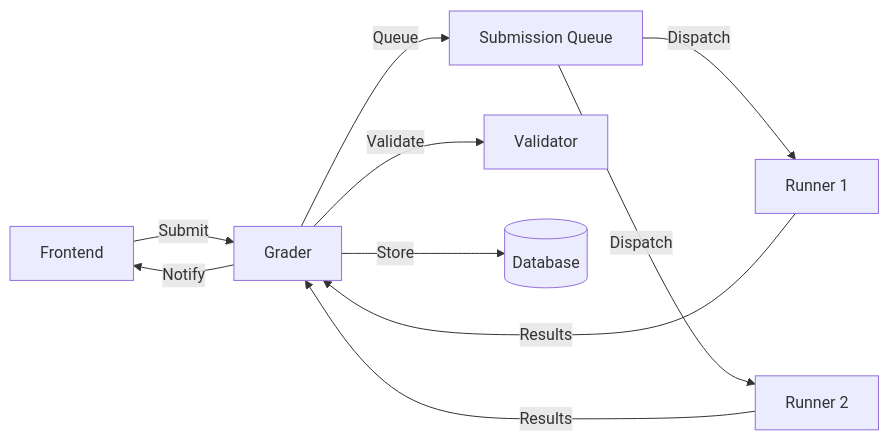
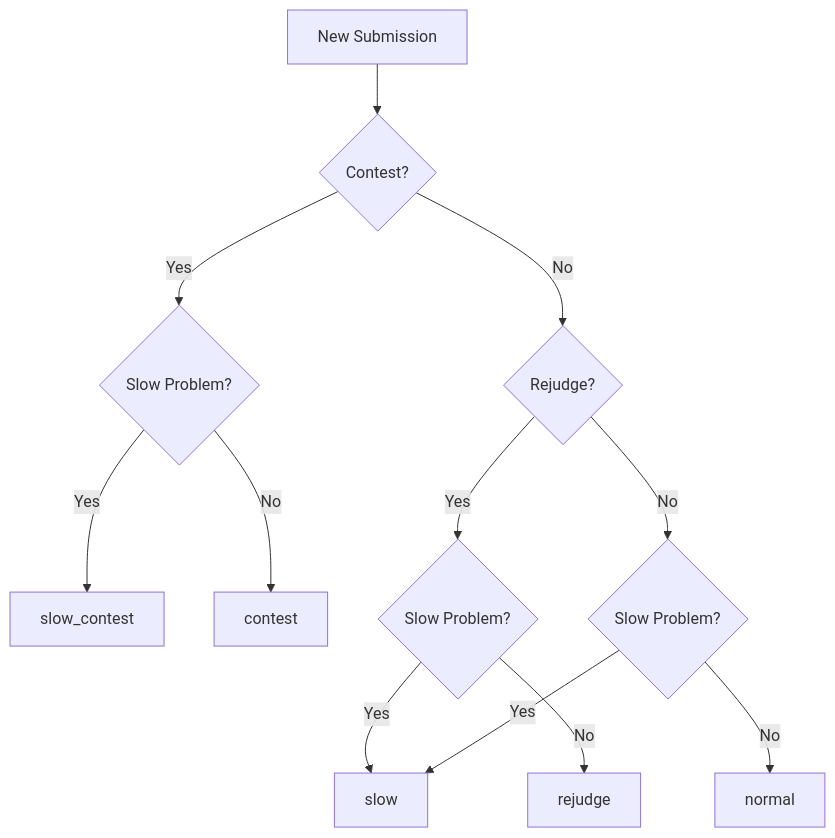
Before and after one commit to antedotee/omegaup-docs: the second of 4 diagrams in docs/features/grader.md, drawn with Mermaid. The commit also changed other lines of this file and 46 other files, not shown here.

````diff
--- a/docs/features/grader.md
+++ b/docs/features/grader.md
@@ -21,12 +83,18 @@
 ```mermaid
-flowchart LR
-    Frontend[Frontend] -->|Submit| Grader[Grader]
-    Grader -->|Queue| Queue[Submission Queue]
-    Queue -->|Dispatch| Runner1[Runner 1]
-    Queue -->|Dispatch| Runner2[Runner 2]
-    Runner1 -->|Results| Grader
-    Runner2 -->|Results| Grader
-    Grader -->|Validate| Validator[Validator]
-    Grader -->|Store| Database[(Database)]
-    Grader -->|Notify| Frontend
+flowchart TD
+    Sub[New Submission] --> IsContest{Contest?}
+    IsContest -->|Yes| IsSlow1{Slow Problem?}
+    IsContest -->|No| IsRejudge{Rejudge?}
+    
+    IsSlow1 -->|Yes| SlowContest[slow_contest]
+    IsSlow1 -->|No| Contest[contest]
+    
+    IsRejudge -->|Yes| IsSlow2{Slow Problem?}
+    IsRejudge -->|No| IsSlow3{Slow Problem?}
+    
+    IsSlow2 -->|Yes| Slow[slow]
+    IsSlow2 -->|No| Rejudge[rejudge]
+    
+    IsSlow3 -->|Yes| Slow
+    IsSlow3 -->|No| Normal[normal]
 ```
````
